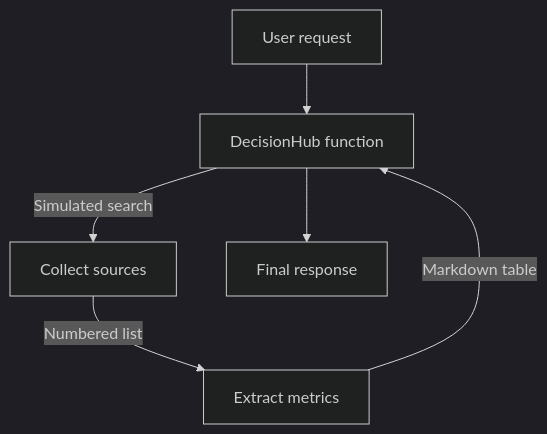
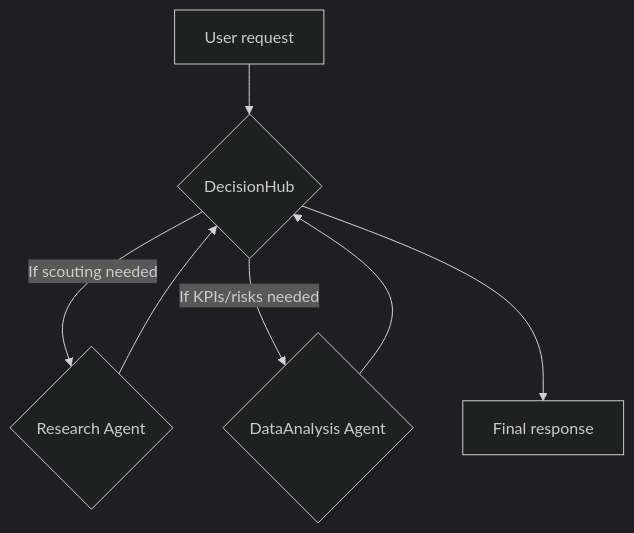
The first of 2 diagrams in DatapizzAI/PizzAI/Agents/README_AGENT_COMPLETE_GUIDE_EN.md (Rkomi98/Datapizza), drawn with Mermaid (dark theme) before and after one commit. The commit also changed other lines of this file, not shown here.

````diff
--- a/DatapizzAI/PizzAI/Agents/README_AGENT_COMPLETE_GUIDE_EN.md
+++ b/DatapizzAI/PizzAI/Agents/README_AGENT_COMPLETE_GUIDE_EN.md
@@ -95,8 +92,9 @@
 ```mermaid
 graph TD
-    U["User request"] --> H["DecisionHub function"]
-    H -->|Simulated search| R["Collect sources"]
-    R -->|Numbered list| T["Extract metrics"]
-    T -->|Markdown table| H
+    U["User request"] --> H{"DecisionHub"}
+    H -->|If scouting needed| R{"Research Agent"}
+    H -->|If KPIs/risks needed| D{"DataAnalysis Agent"}
+    R --> H
+    D --> H
     H --> F["Final response"]
 ```
````
